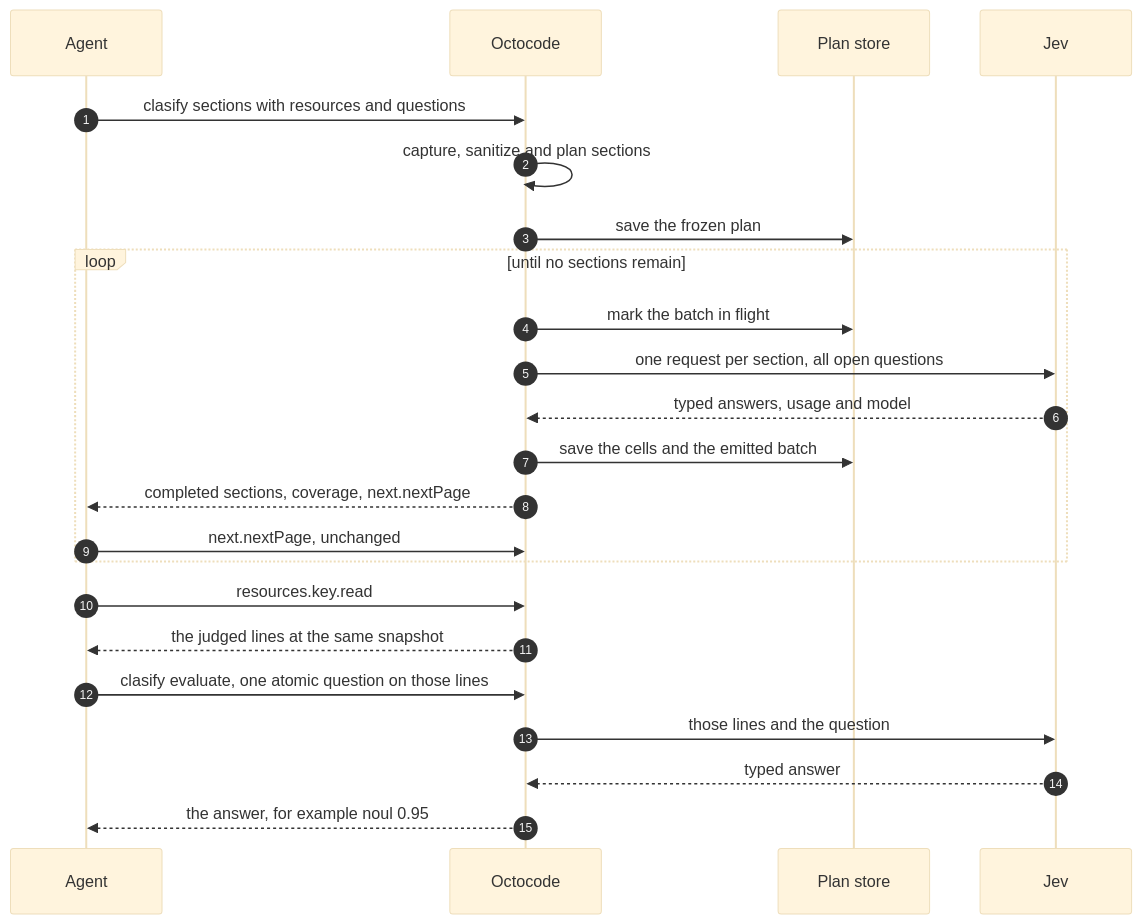
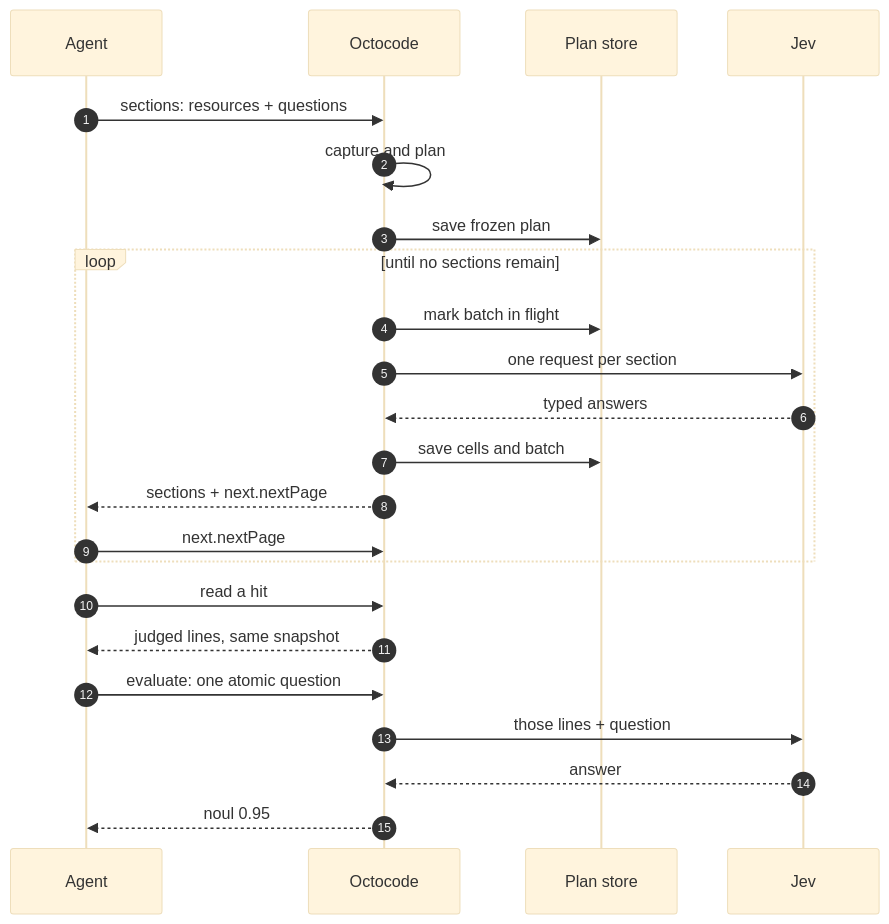
Before and after one commit to bgauryy/octocode: the seventh of 7 diagrams in docs/OCTOCODE_CLASIFY.md, drawn with Mermaid (base theme). The commit also changed other lines of this file and 46 other files, not shown here.

````diff
--- a/docs/OCTOCODE_CLASIFY.md
+++ b/docs/OCTOCODE_CLASIFY.md
@@ -265,27 +269,27 @@
 ```mermaid
 sequenceDiagram
     accTitle: One sections request end to end
     accDescr: The agent asks clasify sections. Octocode captures and plans, saves the frozen plan, and for each batch marks rows in flight, sends one Jev request per section, saves the cells and returns completed sections with next.nextPage. The agent then reads the judged lines and asks one atomic follow-up question with clasify evaluate.
     autonumber
     participant A as Agent
     participant O as Octocode
     participant S as Plan store
     participant J as Jev
-    A->>O: clasify sections with resources and questions
-    O->>O: capture, sanitize and plan sections
-    O->>S: save the frozen plan
+    A->>O: sections: resources + questions
+    O->>O: capture and plan
+    O->>S: save frozen plan
     loop until no sections remain
-        O->>S: mark the batch in flight
-        O->>J: one request per section, all open questions
-        J-->>O: typed answers, usage and model
-        O->>S: save the cells and the emitted batch
-        O-->>A: completed sections, coverage, next.nextPage
-        A->>O: next.nextPage, unchanged
+        O->>S: mark batch in flight
+        O->>J: one request per section
+        J-->>O: typed answers
+        O->>S: save cells and batch
+        O-->>A: sections + next.nextPage
+        A->>O: next.nextPage
     end
-    A->>O: resources.key.read
-    O-->>A: the judged lines at the same snapshot
-    A->>O: clasify evaluate, one atomic question on those lines
-    O->>J: those lines and the question
-    J-->>O: typed answer
-    O-->>A: the answer, for example noul 0.95
+    A->>O: read a hit
+    O-->>A: judged lines, same snapshot
+    A->>O: evaluate: one atomic question
+    O->>J: those lines + question
+    J-->>O: answer
+    O-->>A: noul 0.95
 ```
````
